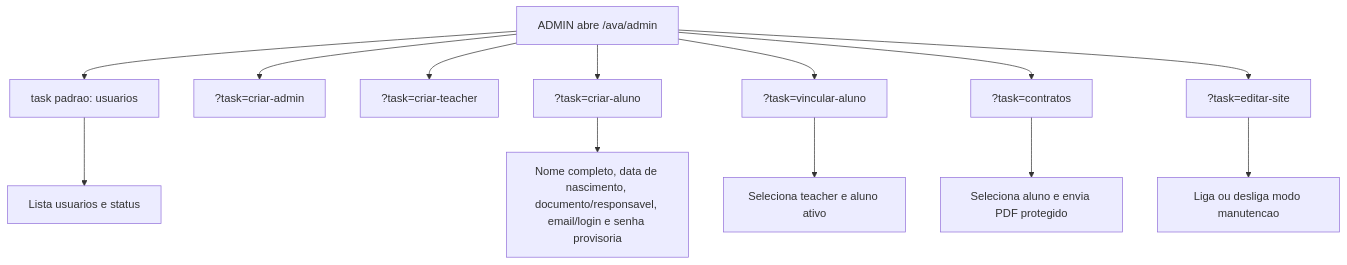
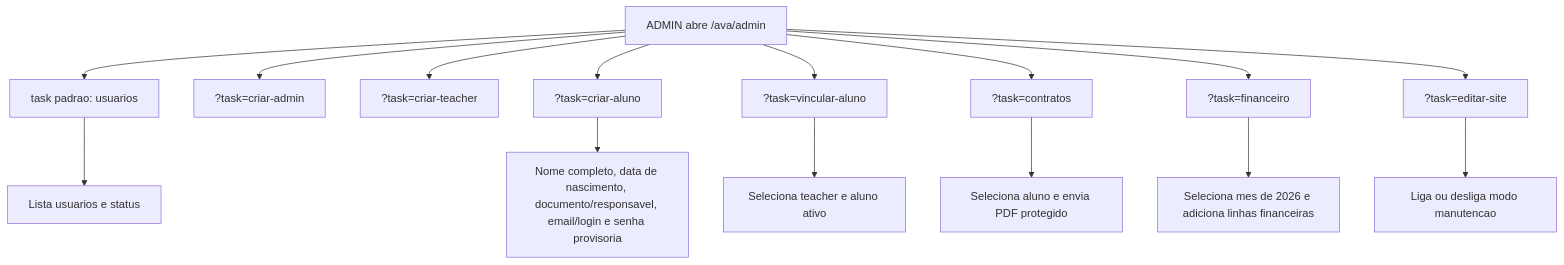
The eighth of 14 diagrams in docs/fluxos-ava.md (WilliYY/Candy-English), drawn with Mermaid before and after one commit. The commit also changed other lines of this file and 12 other files, not shown here.

````diff
--- a/docs/fluxos-ava.md
+++ b/docs/fluxos-ava.md
@@ -170,15 +170,17 @@
 ```mermaid
 flowchart TD
   A["ADMIN abre /ava/admin"] --> B["task padrao: usuarios"]
   B --> C["Lista usuarios e status"]
   A --> D["?task=criar-admin"]
   A --> E["?task=criar-teacher"]
   A --> F["?task=criar-aluno"]
   F --> F1["Nome completo, data de nascimento, documento/responsavel, email/login e senha provisoria"]
   A --> G["?task=vincular-aluno"]
   G --> G1["Seleciona teacher e aluno ativo"]
   A --> H["?task=contratos"]
   H --> H1["Seleciona aluno e envia PDF protegido"]
-  A --> I["?task=editar-site"]
-  I --> I1["Liga ou desliga modo manutencao"]
+  A --> I["?task=financeiro"]
+  I --> I1["Seleciona mes de 2026 e adiciona linhas financeiras"]
+  A --> J["?task=editar-site"]
+  J --> J1["Liga ou desliga modo manutencao"]
 ```
````
